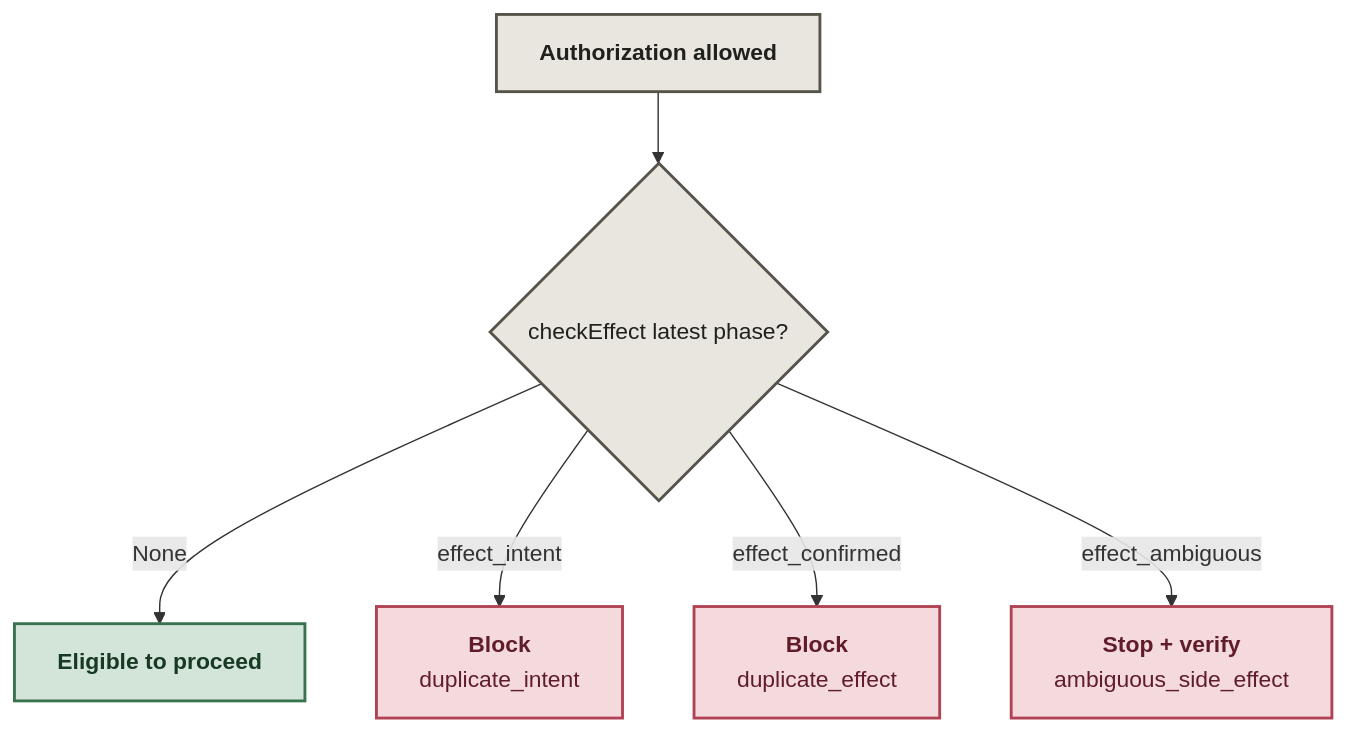
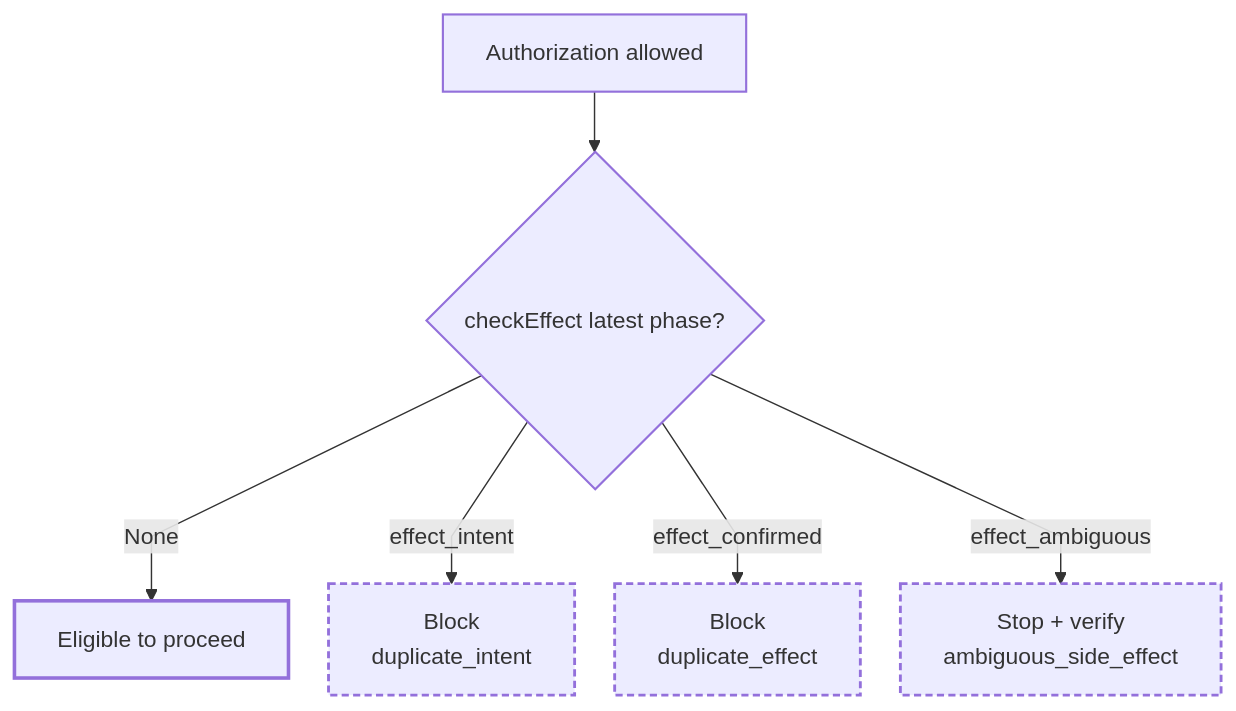
Before and after one commit to Niyam-Paneru/agent-policy-core: the third of 3 diagrams in README.md, drawn with Mermaid. The commit also changed other lines of this file, not shown here.

Commit message:
Improve Mermaid layout and light-dark theme readability

````diff
--- a/README.md
+++ b/README.md
@@ -55,14 +73,23 @@
 ```mermaid
+---
+config:
+  flowchart:
+    curve: linear
+    nodeSpacing: 28
+    rankSpacing: 42
+---
 flowchart TB
-    A["<b>Authorization allowed</b>"] --> C{"checkEffect latest phase?"}
-    C -- None --> D["<b>Eligible to proceed</b>"]
-    C -- effect_intent --> E["<b>Block</b><br/>duplicate_intent"]
-    C -- effect_confirmed --> F["<b>Block</b><br/>duplicate_effect"]
-    C -- effect_ambiguous --> G["<b>Stop + verify</b><br/>ambiguous_side_effect"]
-    classDef input fill:#e8e6df,stroke:#55534a,color:#20201d,stroke-width:2px;
-    classDef pass fill:#d2e5d8,stroke:#38734d,color:#183923,stroke-width:2px;
-    classDef stop fill:#f4dadd,stroke:#b14253,color:#611c29,stroke-width:2px;
+    accTitle: Effect state is a separate decision
+    accDescr: Decision flow for effect state is a separate decision.
+    A["Authorization allowed"] --> C{"checkEffect latest phase?"}
+    C -- None --> D["Eligible to proceed"]
+    C -- effect_intent --> E["Block<br/>duplicate_intent"]
+    C -- effect_confirmed --> F["Block<br/>duplicate_effect"]
+    C -- effect_ambiguous --> G["Stop + verify<br/>ambiguous_side_effect"]
+    classDef input stroke-width:1.5px;
+    classDef pass stroke-width:2.5px;
+    classDef stop stroke-width:2px,stroke-dasharray:5 3;
     class A,C input;
     class D pass;
     class E,F,G stop;
 ```
````
